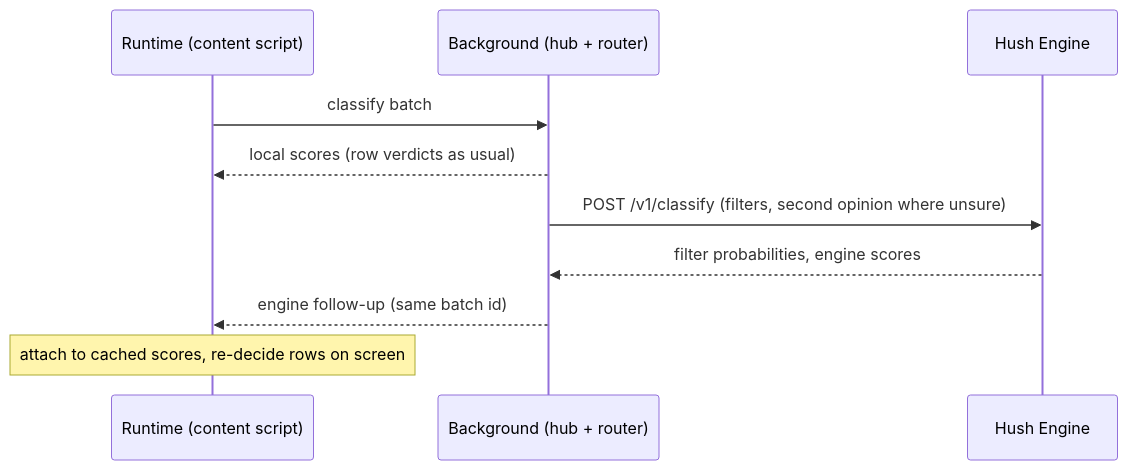
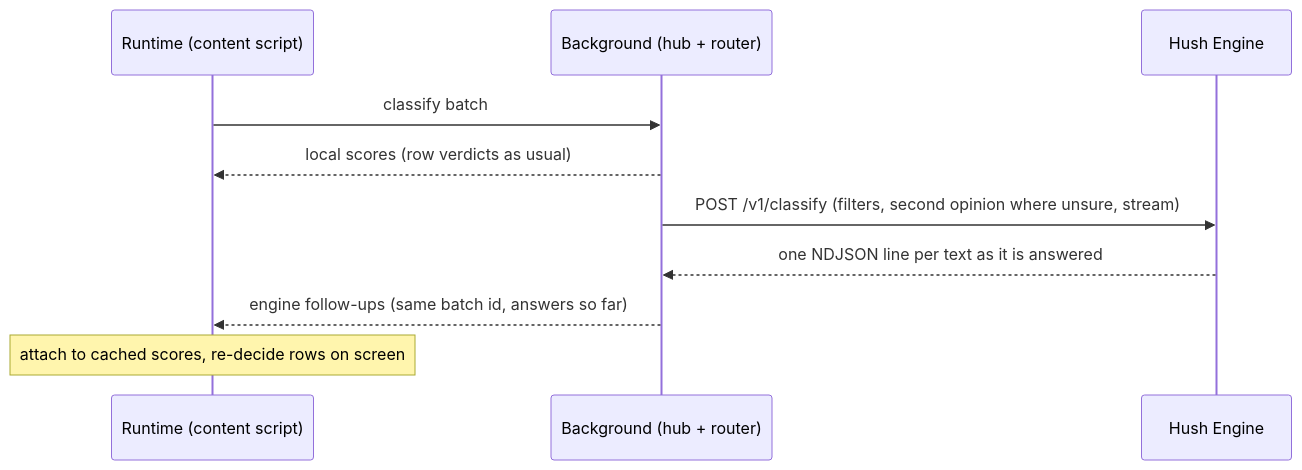
Before and after one commit to daradudai/tiho: the third of 3 diagrams in docs/architecture.md, drawn with Mermaid. The commit also changed other lines of this file and 59 other files, not shown here.

````diff
--- a/docs/architecture.md
+++ b/docs/architecture.md
@@ -150,12 +153,12 @@
 ```mermaid
 sequenceDiagram
     participant R as Runtime (content script)
     participant B as Background (hub + router)
     participant E as Hush Engine
     R->>B: classify batch
     B-->>R: local scores (row verdicts as usual)
-    B->>E: POST /v1/classify (filters, second opinion where unsure)
-    E-->>B: filter probabilities, engine scores
-    B-->>R: engine follow-up (same batch id)
+    B->>E: POST /v1/classify (filters, second opinion where unsure, stream)
+    E-->>B: one NDJSON line per text as it is answered
+    B-->>R: engine follow-ups (same batch id, answers so far)
     Note over R: attach to cached scores, re-decide rows on screen
 ```
````
